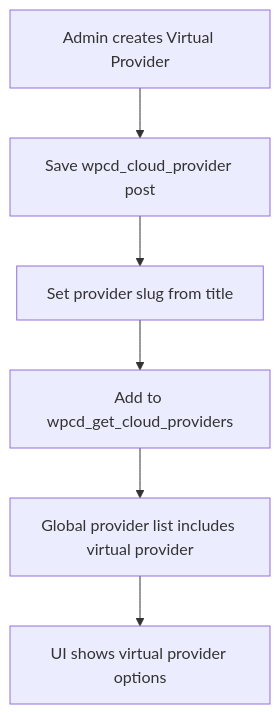
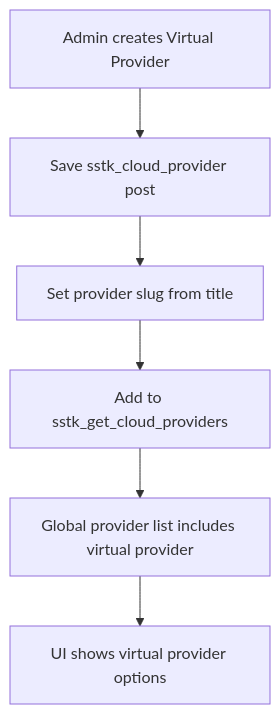
Before and after one commit to onedogsolutions/simple-stack: the sixth of 7 diagrams in .qoder/repowiki/en/content/Cloud Provider Integration/Provider Abstraction Layer.md, drawn with Mermaid. The commit also changed other lines of this file and 5941 other files, not shown here.

````diff
--- a/.qoder/repowiki/en/content/Cloud Provider Integration/Provider Abstraction Layer.md
+++ b/.qoder/repowiki/en/content/Cloud Provider Integration/Provider Abstraction Layer.md
@@ -310,8 +253,8 @@
 ```mermaid
 flowchart TD
-Admin["Admin creates Virtual Provider"] --> SavePost["Save wpcd_cloud_provider post"]
+Admin["Admin creates Virtual Provider"] --> SavePost["Save sstk_cloud_provider post"]
 SavePost --> SetSlug["Set provider slug from title"]
-SetSlug --> AddFilter["Add to wpcd_get_cloud_providers"]
+SetSlug --> AddFilter["Add to sstk_get_cloud_providers"]
 AddFilter --> ListProviders["Global provider list includes virtual provider"]
 ListProviders --> UseInUI["UI shows virtual provider options"]
 ```
````
